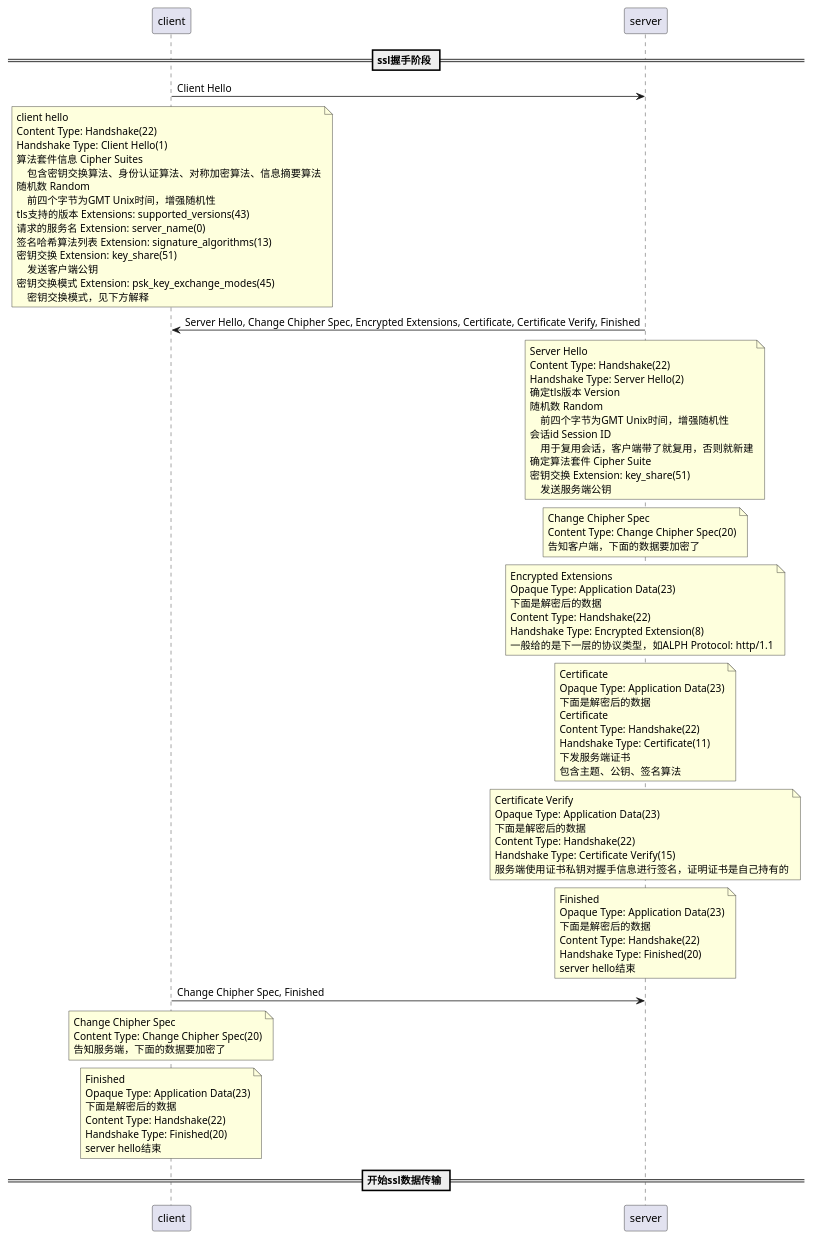
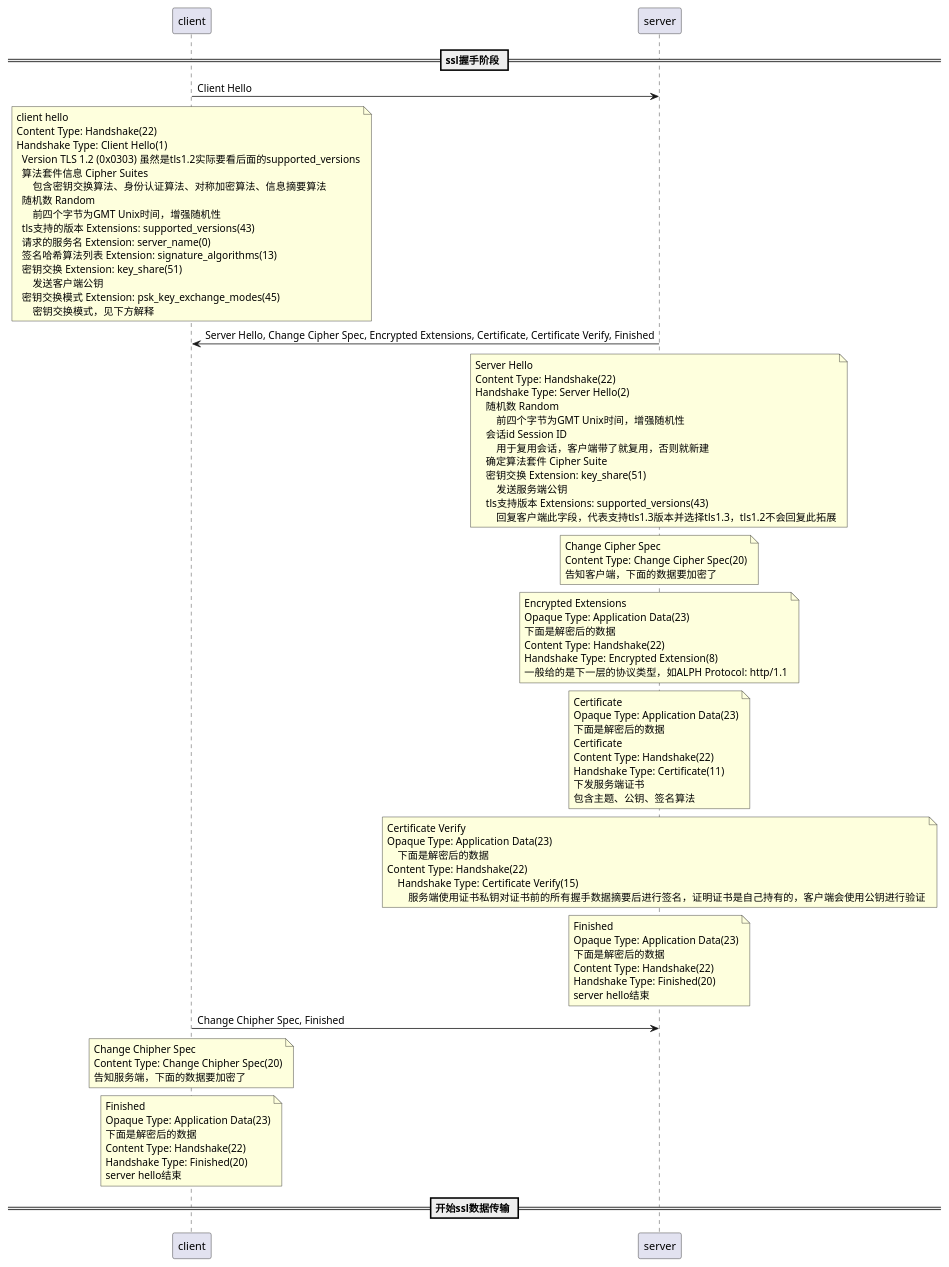
The third of 4 diagrams in source/_posts/2021-07-28-openssl.md (Githubwyb/hexo_blogPages), drawn with PlantUML before and after one commit. The commit also changed other lines of this file and 38 other files, not shown here.

```diff
--- a/source/_posts/2021-07-28-openssl.md
+++ b/source/_posts/2021-07-28-openssl.md
@@ -1331,36 +1438,38 @@
 client hello
 Content Type: Handshake(22)
 Handshake Type: Client Hello(1)
-算法套件信息 Cipher Suites
-    包含密钥交换算法、身份认证算法、对称加密算法、信息摘要算法
-随机数 Random
-    前四个字节为GMT Unix时间，增强随机性
-tls支持的版本 Extensions: supported_versions(43)
-请求的服务名 Extension: server_name(0)
-签名哈希算法列表 Extension: signature_algorithms(13)
-密钥交换 Extension: key_share(51)
-    发送客户端公钥
-密钥交换模式 Extension: psk_key_exchange_modes(45)
-    密钥交换模式，见下方解释
+  Version TLS 1.2 (0x0303) 虽然是tls1.2实际要看后面的supported_versions
+  算法套件信息 Cipher Suites
+      包含密钥交换算法、身份认证算法、对称加密算法、信息摘要算法
+  随机数 Random
+      前四个字节为GMT Unix时间，增强随机性
+  tls支持的版本 Extensions: supported_versions(43)
+  请求的服务名 Extension: server_name(0)
+  签名哈希算法列表 Extension: signature_algorithms(13)
+  密钥交换 Extension: key_share(51)
+      发送客户端公钥
+  密钥交换模式 Extension: psk_key_exchange_modes(45)
+      密钥交换模式，见下方解释
 end note
 
-server->client: Server Hello, Change Chipher Spec, Encrypted Extensions, Certificate, Certificate Verify, Finished
+server->client: Server Hello, Change Cipher Spec, Encrypted Extensions, Certificate, Certificate Verify, Finished
 note over server
 Server Hello
 Content Type: Handshake(22)
 Handshake Type: Server Hello(2)
-确定tls版本 Version
-随机数 Random
-    前四个字节为GMT Unix时间，增强随机性
-会话id Session ID
-    用于复用会话，客户端带了就复用，否则就新建
-确定算法套件 Cipher Suite
-密钥交换 Extension: key_share(51)
-    发送服务端公钥
+    随机数 Random
+        前四个字节为GMT Unix时间，增强随机性
+    会话id Session ID
+        用于复用会话，客户端带了就复用，否则就新建
+    确定算法套件 Cipher Suite
+    密钥交换 Extension: key_share(51)
+        发送服务端公钥
+    tls支持版本 Extensions: supported_versions(43)
+        回复客户端此字段，代表支持tls1.3版本并选择tls1.3，tls1.2不会回复此拓展
 end note
 note over server
-Change Chipher Spec
-Content Type: Change Chipher Spec(20)
+Change Cipher Spec
+Content Type: Change Cipher Spec(20)
 告知客户端，下面的数据要加密了
 end note
 note over server
@@ -1384,10 +1493,10 @@
 note over server
 Certificate Verify
 Opaque Type: Application Data(23)
-下面是解密后的数据
+    下面是解密后的数据
 Content Type: Handshake(22)
-Handshake Type: Certificate Verify(15)
-服务端使用证书私钥对握手信息进行签名，证明证书是自己持有的
+    Handshake Type: Certificate Verify(15)
+        服务端使用证书私钥对证书前的所有握手数据摘要后进行签名，证明证书是自己持有的，客户端会使用公钥进行验证
 end note
 note over server
 Finished
```
